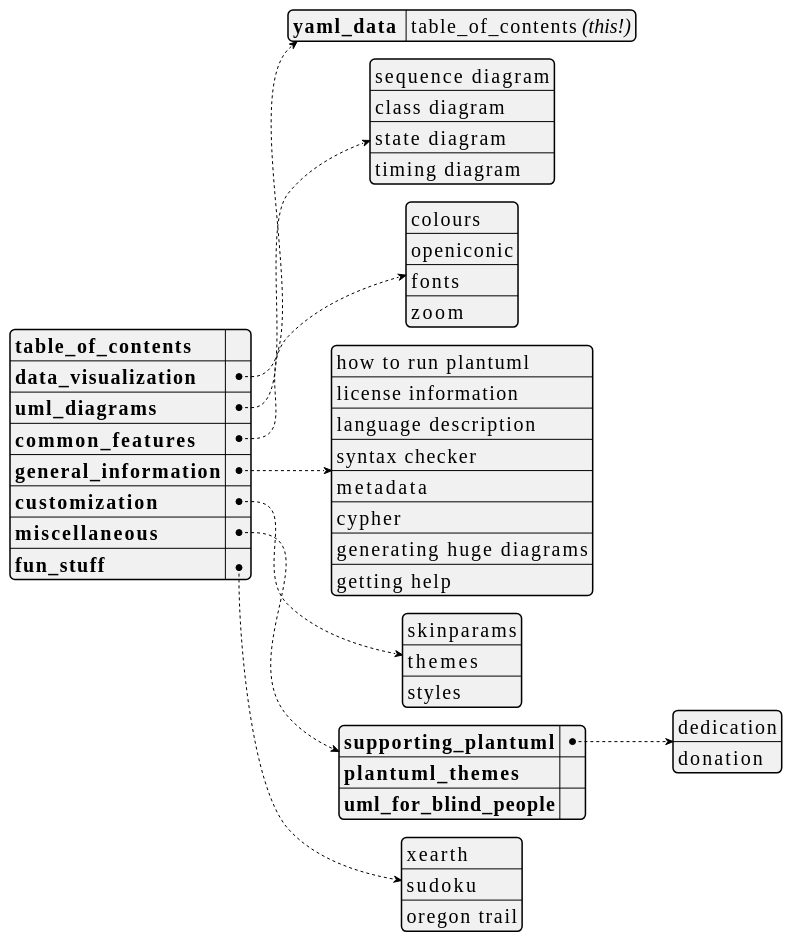
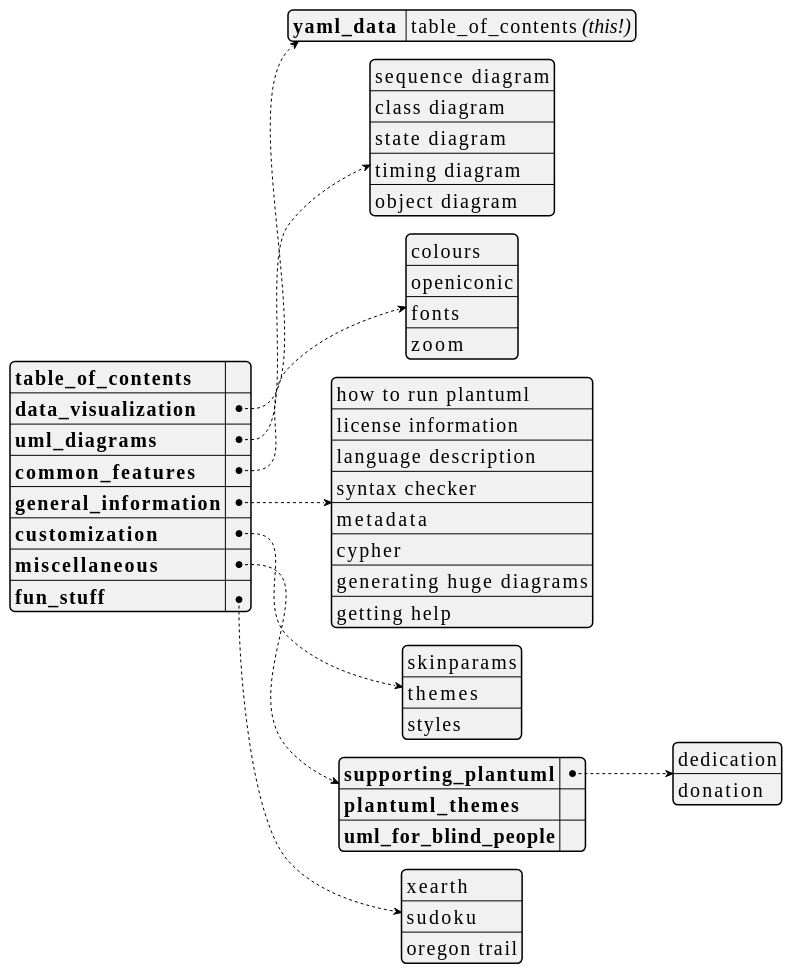
One commit to dragondive/heavens-arena changed the first of 29 diagrams in plantuml_demo.md. Above: the diagram before and after it, drawn with PlantUML. The commit also changed other lines of this file, not shown here.

Commit message:
added demo: object diagram

````diff
--- a/plantuml_demo.md
+++ b/plantuml_demo.md
@@ -26,59 +26,60 @@
 ```plantuml
 @startyaml
 <style>
 yamlDiagram {
     node {
         ' use a constant width font because that's what developers do.
         FontName Consolas
         FontSize 20
     }
 }
 </style>
 
 /'TODO:
 It would be cool to hyperlink the entries in the table_of_contents to the
 respective section in the document. Not only would it further accentuate the
 [Medium Awareness](https://tvtropes.org/pmwiki/pmwiki.php/Main/MediumAwareness)
 of this yaml document, but also augment the
 [Anachronic Order](https://tvtropes.org/pmwiki/pmwiki.php/Main/AnachronicOrder)
 of the outer markdown document.
 '/
 
 **table_of_contents**: ""  /' workaround: empty string here to avoid dummy link '/
 data_visualization:
     yaml_data : table_of_contents //(this!)//
 uml_diagrams:
     - sequence diagram
     - class diagram
     - state diagram
     - timing diagram
+    - object diagram
 common_features:
     - colours
     - openiconic
     - fonts
     - zoom
 general_information:
     - how to run plantuml
     - license information
     - language description
     - syntax checker
     - metadata
     - cypher
     - generating huge diagrams
     - getting help
 customization:
     - skinparams
     - themes
     - styles
 miscellaneous:
     supporting_plantuml:
         - dedication
         - donation
     plantuml_themes: ""
     uml_for_blind_people: ""
 fun_stuff:
     - xearth
     - sudoku
     - oregon trail
 @endyaml
 ```
````
